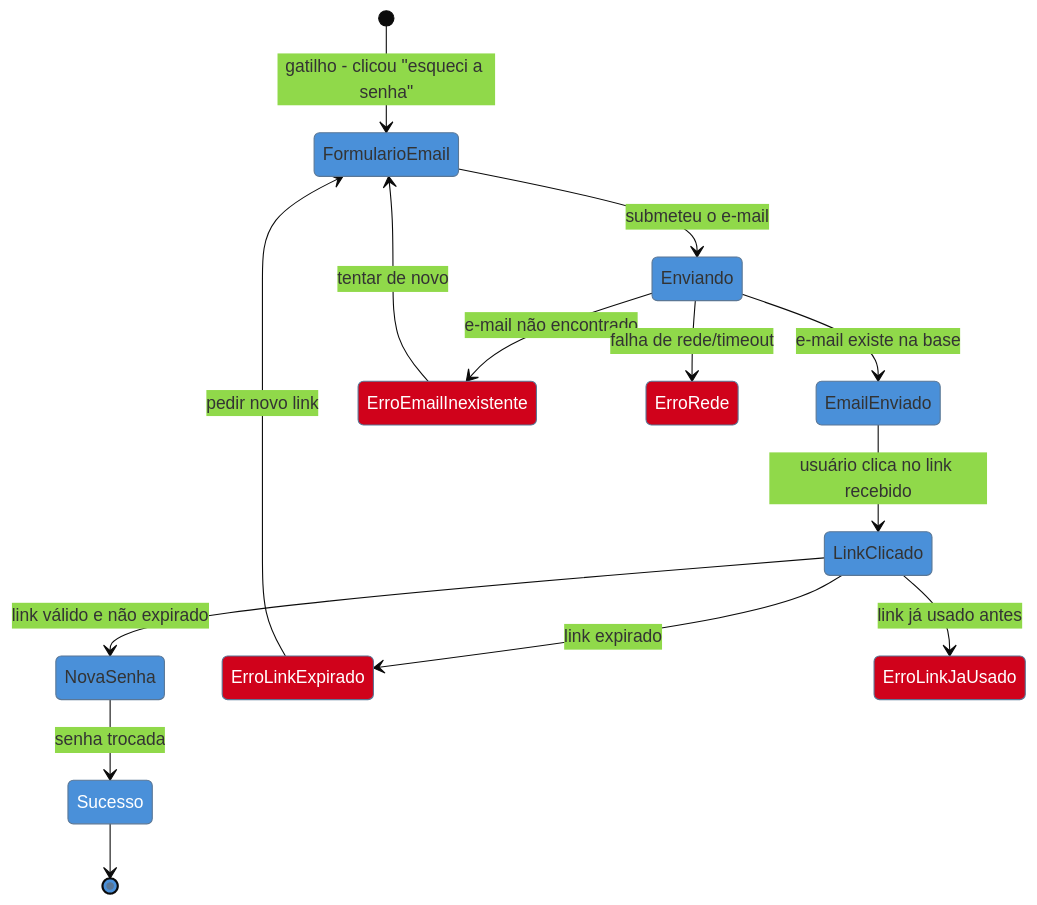
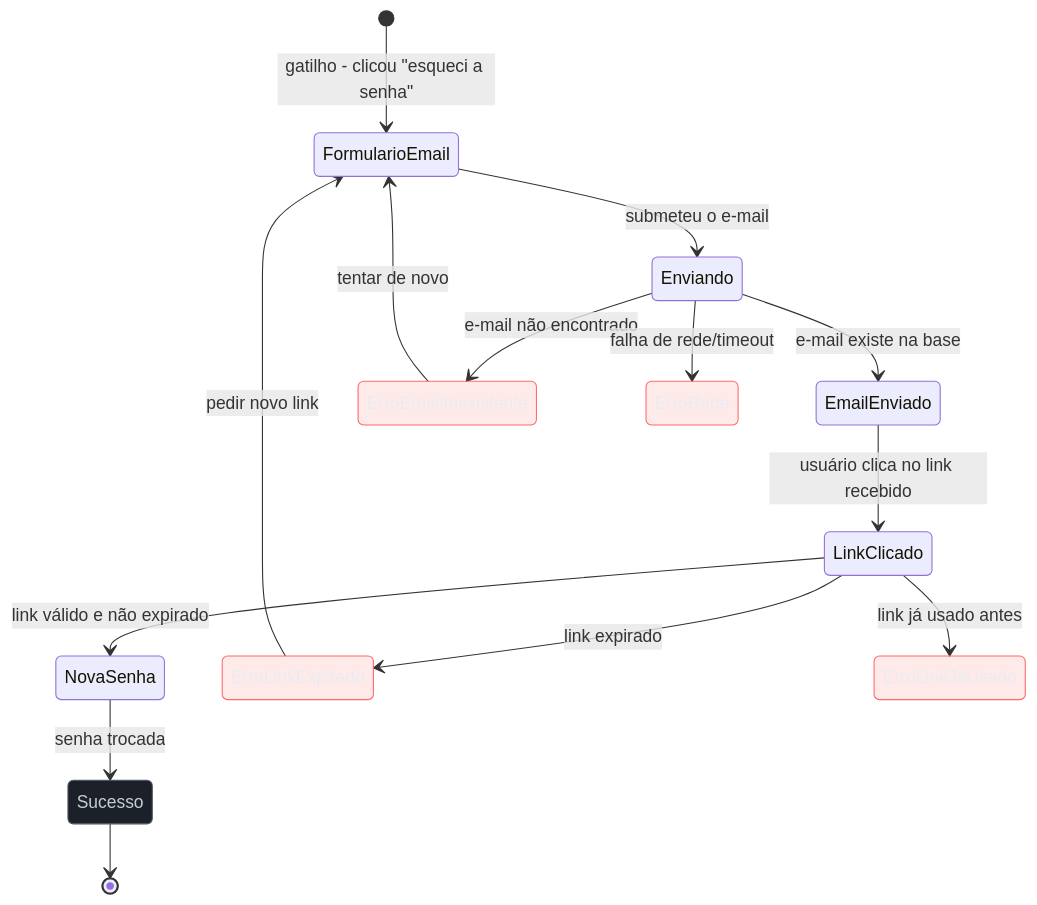
The diagram in 03-Dominios/Engenharia/UX/Design de Interação/19 - Do fluxo antes da tela - user flow como máquina de estados.md (josenaldo/codex-technomanticus), drawn with Mermaid before and after one commit. The commit also changed 1181 other files, not shown here.

First line of the commit message:
fix(diagramas): paleta do sistema no lugar de cor cravada no markdown

````diff
--- a/03-Dominios/Engenharia/UX/Design de Interação/19 - Do fluxo antes da tela - user flow como máquina de estados.md
+++ b/03-Dominios/Engenharia/UX/Design de Interação/19 - Do fluxo antes da tela - user flow como máquina de estados.md
@@ -32,22 +32,23 @@
 ```mermaid
-%%{init: {"theme": "base", "themeVariables": {"primaryColor": "#4A90D9"}}}%%
 stateDiagram-v2
+    classDef neutro fill:#1B2029,stroke:#4E5666,color:#C6CCD8
+    classDef falha fill:#FF6B6B24,stroke:#FF6B6B,color:#E9ECF2
     [*] --> FormularioEmail: gatilho - clicou "esqueci a senha"
     FormularioEmail --> Enviando: submeteu o e-mail
     Enviando --> EmailEnviado: e-mail existe na base
     Enviando --> ErroEmailInexistente: e-mail não encontrado
     Enviando --> ErroRede: falha de rede/timeout
     EmailEnviado --> LinkClicado: usuário clica no link recebido
     LinkClicado --> NovaSenha: link válido e não expirado
     LinkClicado --> ErroLinkExpirado: link expirado
     LinkClicado --> ErroLinkJaUsado: link já usado antes
     NovaSenha --> Sucesso: senha trocada
     ErroEmailInexistente --> FormularioEmail: tentar de novo
     ErroLinkExpirado --> FormularioEmail: pedir novo link
     Sucesso --> [*]
-    style Sucesso fill:#4A90D9,color:#fff
-    style ErroEmailInexistente fill:#D0021B,color:#fff
-    style ErroRede fill:#D0021B,color:#fff
-    style ErroLinkExpirado fill:#D0021B,color:#fff
-    style ErroLinkJaUsado fill:#D0021B,color:#fff
+    class Sucesso neutro
+    class ErroEmailInexistente falha
+    class ErroRede falha
+    class ErroLinkExpirado falha
+    class ErroLinkJaUsado falha
 ```
````
